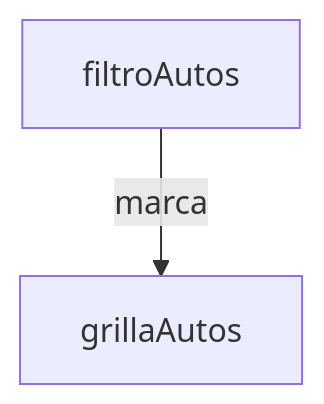
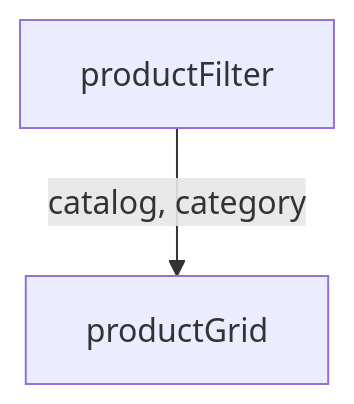
The diagram in docs/ventas/aplicacion-de-ventas.md (sebastianclaros/teatime), drawn with Mermaid before and after one commit. The commit also changed other lines of this file and 27 other files, not shown here.

````diff
--- a/docs/ventas/aplicacion-de-ventas.md
+++ b/docs/ventas/aplicacion-de-ventas.md
@@ -4,4 +8,4 @@
 ```mermaid
 flowchart TD
-    filtroAutos -->|marca| grillaAutos
+    productFilter -->|catalog, category| productGrid
 ```
````
